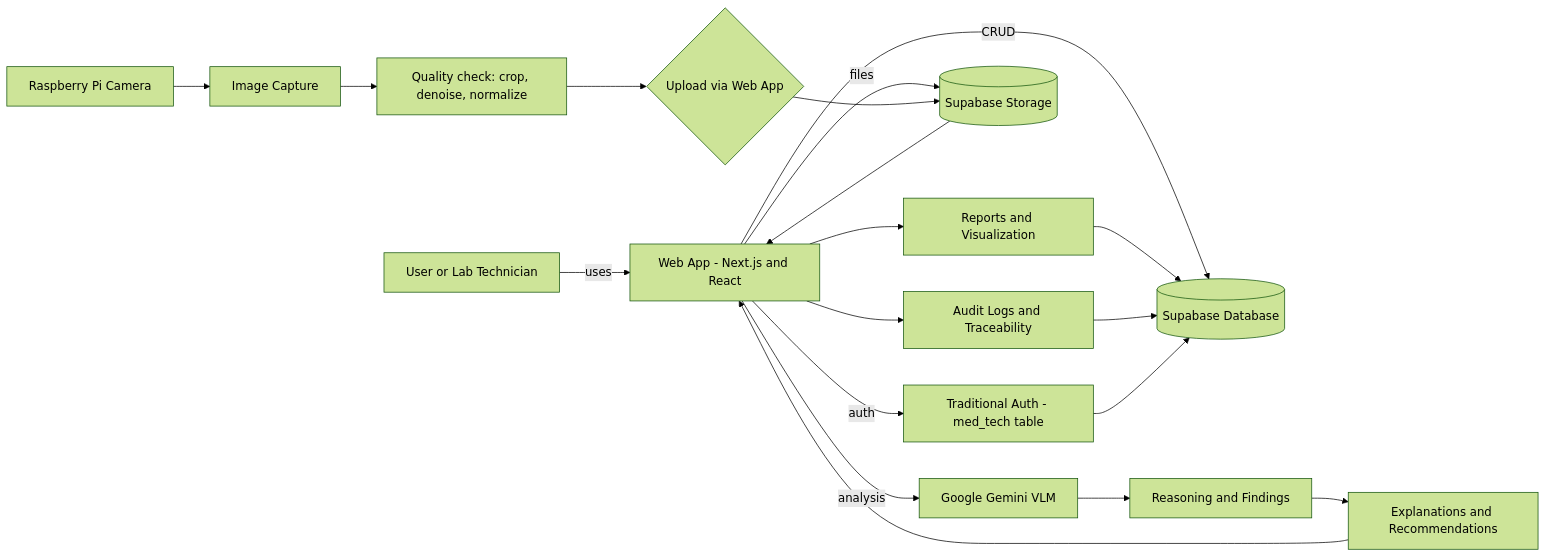
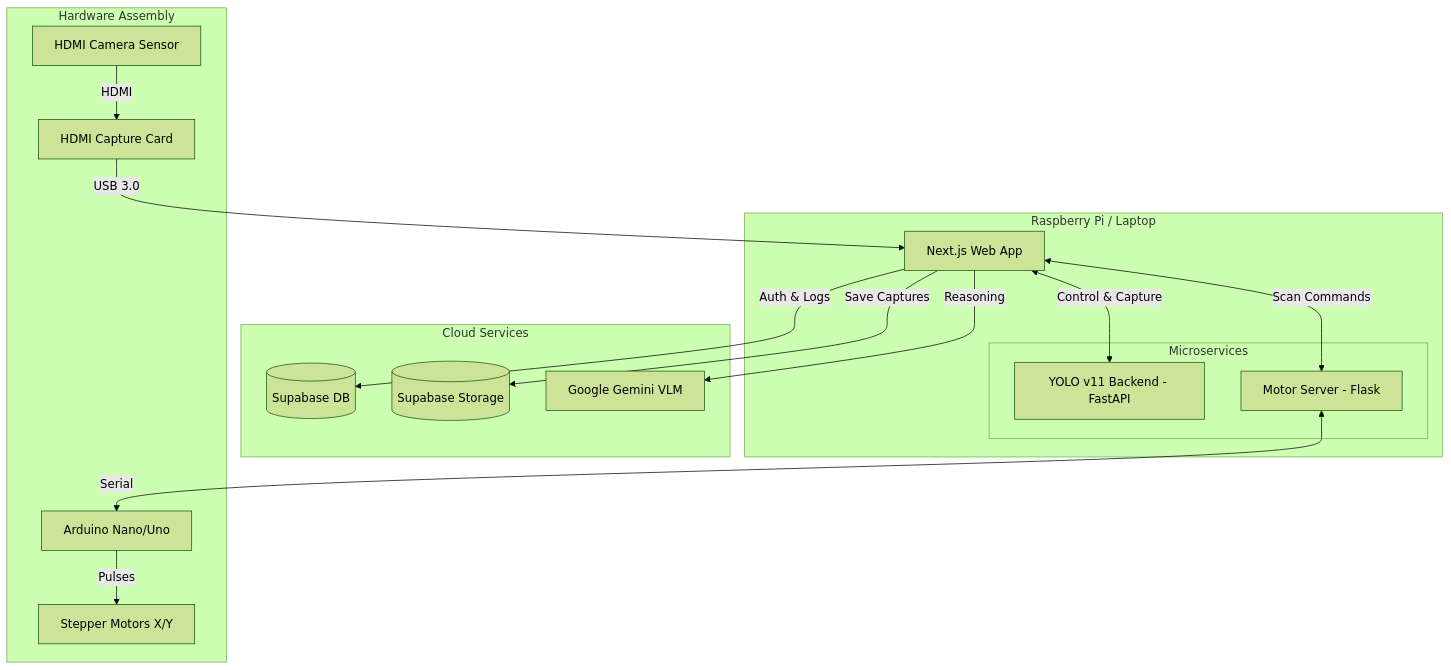
One commit to mcggEz/microview-ai changed the first of 2 diagrams in README.md. Above: the diagram before and after it, drawn with Mermaid (forest theme). The commit also changed other lines of this file and 1 other file, not shown here.

Commit message:
improved readme

````diff
--- a/README.md
+++ b/README.md
@@ -19,26 +19,37 @@
 ```mermaid
-flowchart LR
-  U[User or Lab Technician] -->|uses| UI[Web App - Next.js and React]
+flowchart TB
+  subgraph Cloud Services
+    DB[(Supabase DB)]
+    ST[(Supabase Storage)]
+    VLM[Google Gemini VLM]
+  end
 
-  UI -->|auth| AUTH[Traditional Auth - med_tech table]
-  UI -->|CRUD| DB[(Supabase Database)]
-  UI -->|files| ST[(Supabase Storage)]
-  UI -->|analysis| VLM[Google Gemini VLM]
+  subgraph Local Workstation [Raspberry Pi / Laptop]
+    UI[Next.js Web App]
+    
+    subgraph Microservices
+      YOLO[YOLO v11 Backend - FastAPI]
+      MOTOR[Motor Server - Flask]
+    end
+    
+    UI <-->|Control & Capture| YOLO
+    UI <-->|Scan Commands| MOTOR
+  end
 
-  CAM[Raspberry Pi Camera] --> CAP[Image Capture]
-  CAP --> PREP[Quality check: crop, denoise, normalize]
-  PREP --> UP{Upload via Web App}
-  UP --> ST
-  ST --> UI
+  subgraph Hardware Assembly
+    ARD[Arduino Nano/Uno]
+    STEP[Stepper Motors X/Y]
+    CAM[HDMI Camera Sensor]
+    CAP[HDMI Capture Card]
+    
+    MOTOR <-->|Serial| ARD
+    ARD -->|Pulses| STEP
+    CAM -->|HDMI| CAP
+    CAP -->|USB 3.0| UI
+  end
 
-  VLM --> ANA[Reasoning and Findings]
-  ANA --> EXP[Explanations and Recommendations]
-
-  EXP --> UI
-  UI --> REP[Reports and Visualization]
-  UI --> AUD[Audit Logs and Traceability]
-
-  REP --> DB
-  AUD --> DB
-  AUTH --> DB
+  %% Data Flow
+  UI -->|Auth & Logs| DB
+  UI -->|Save Captures| ST
+  UI -->|Reasoning| VLM
 ```
````
